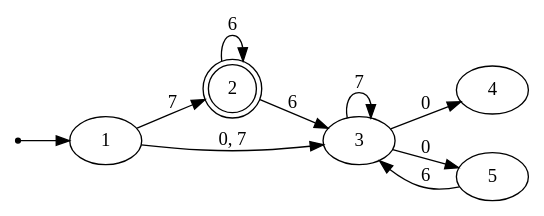
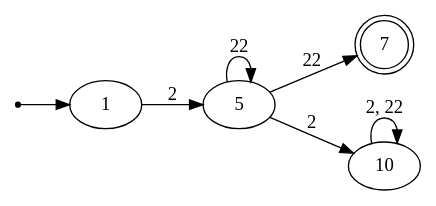
One commit to GiovA07/A changed the diagram in archivos_automatas/automataWrite2.dot. Above: the diagram before and after it, drawn with Graphviz. The commit also changed 4 other files, not shown here.

```diff
--- a/archivos_automatas/automataWrite2.dot
+++ b/archivos_automatas/automataWrite2.dot
@@ -1,18 +1,15 @@
 digraph{
 
 rankdir=LR;
 inic[shape=point];
 
 inic->1;
 
-1->2 [label="7"];
-1->3 [label="0, 7"];
-2->2 [label="6"];
-2->3 [label="6"];
-3->3 [label="7"];
-3->4 [label="0"];
-3->5 [label="0"];
-5->3 [label="6"];
+1->5 [label="2"];
+5->5 [label="22"];
+5->7 [label="22"];
+5->10 [label="2"];
+10->10 [label="2, 22"];
 
-2[shape=doublecircle];
+7[shape=doublecircle];
 }
```
